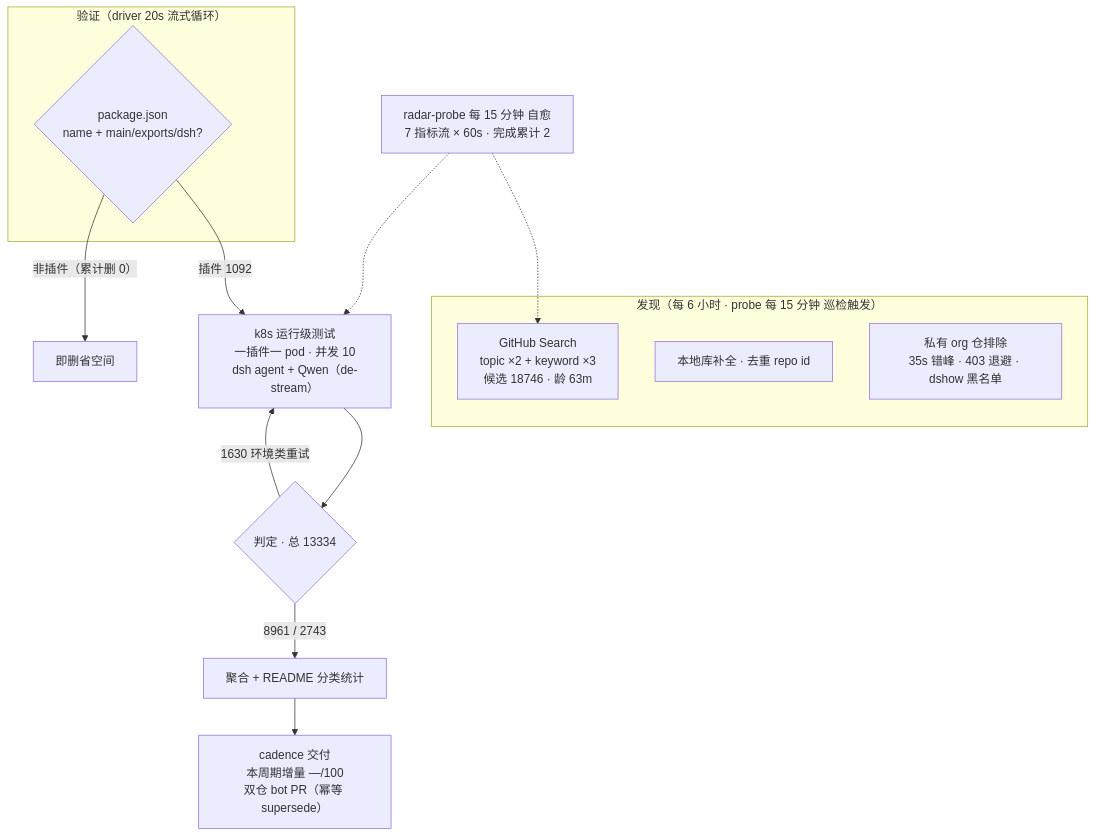
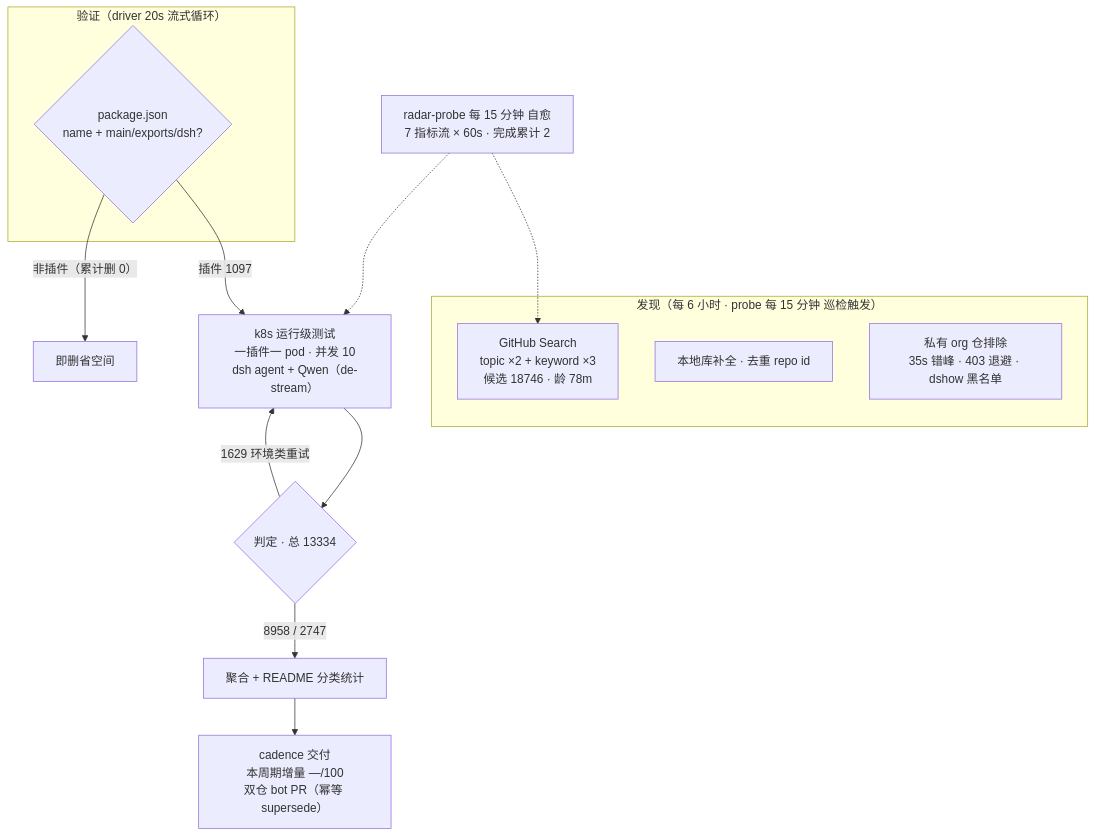
Before and after one commit to AdamPlatin123/dsh-plugin-radar: the diagram in README.md, drawn with Mermaid. The commit also changed other lines of this file and 8 other files, not shown here.

````diff
--- a/README.md
+++ b/README.md
@@ -52,20 +52,20 @@
 ```mermaid
 flowchart TB
     subgraph Discovery["发现（每 6 小时 · probe 每 15 分钟 巡检触发）"]
-        A1["GitHub Search<br/>topic ×2 + keyword ×3<br/>候选 18746 · 龄 63m"]
+        A1["GitHub Search<br/>topic ×2 + keyword ×3<br/>候选 18746 · 龄 78m"]
         A2["本地库补全 · 去重 repo id"]
         A3["私有 org 仓排除<br/>35s 错峰 · 403 退避 · dshow 黑名单"]
     end
     subgraph Validation["验证（driver 20s 流式循环）"]
         B1{"package.json<br/>name + main/exports/dsh?"}
     end
-    B1 -->|"插件 1092"| C1["k8s 运行级测试<br/>一插件一 pod · 并发 10<br/>dsh agent + Qwen（de-stream）"]
+    B1 -->|"插件 1097"| C1["k8s 运行级测试<br/>一插件一 pod · 并发 10<br/>dsh agent + Qwen（de-stream）"]
     B1 -->|"非插件（累计删 0）"| B3["即删省空间"]
     C1 --> D1{"判定 · 总 13334"}
-    D1 -->|"8961 / 2743"| E1["聚合 + README 分类统计"]
-    D1 -->|"1630 环境类重试"| C1
+    D1 -->|"8958 / 2747"| E1["聚合 + README 分类统计"]
+    D1 -->|"1629 环境类重试"| C1
     E1 --> E2["cadence 交付<br/>本周期增量 —/100<br/>双仓 bot PR（幂等 supersede）"]
     M["radar-probe 每 15 分钟 自愈<br/>7 指标流 × 60s · 完成累计 2"]
     M -.-> A1
     M -.-> C1
 ```
````
